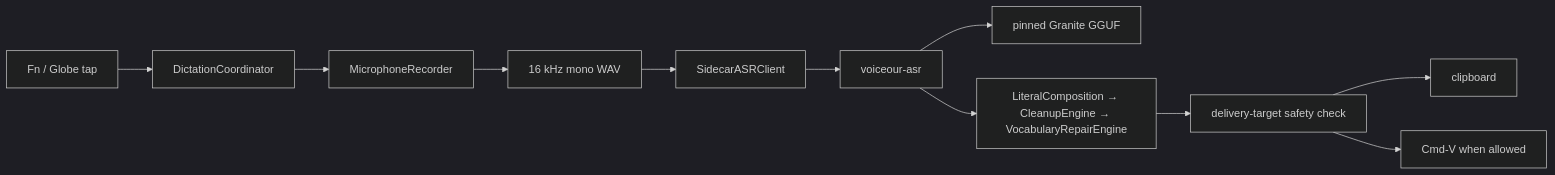
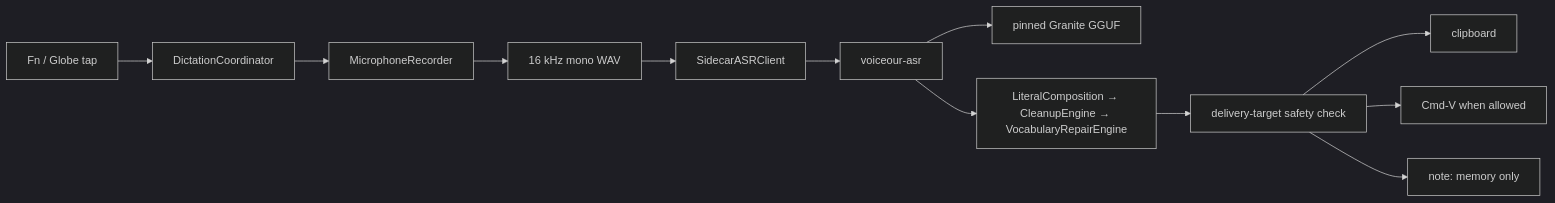
Before and after one commit to joswha/voiceour: the diagram in README.md, drawn with Mermaid (dark theme). The commit also changed other lines of this file and 73 other files, not shown here.

````diff
--- a/README.md
+++ b/README.md
@@ -108,13 +112,14 @@
 ```mermaid
 flowchart LR
     Hotkey[Fn / Globe tap] --> Coordinator[DictationCoordinator]
     Coordinator --> Recorder[MicrophoneRecorder]
     Recorder --> WAV[16 kHz mono WAV]
     WAV --> Client[SidecarASRClient]
     Client --> Sidecar[voiceour-asr]
     Sidecar --> Granite[pinned Granite GGUF]
     Sidecar --> Text[LiteralComposition → CleanupEngine → VocabularyRepairEngine]
     Text --> Safety[delivery-target safety check]
     Safety --> Clipboard[clipboard]
     Safety --> Paste[Cmd-V when allowed]
+    Safety --> Note[note: memory only]
 ```
````
